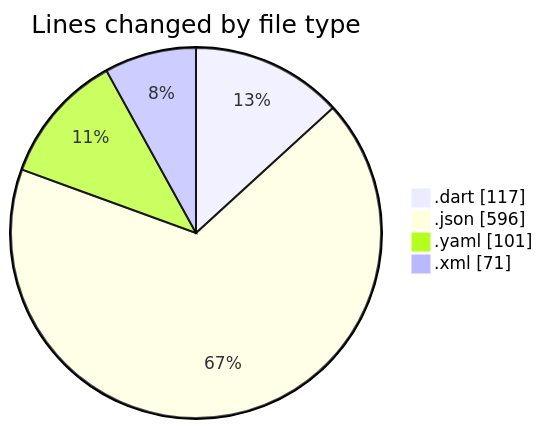
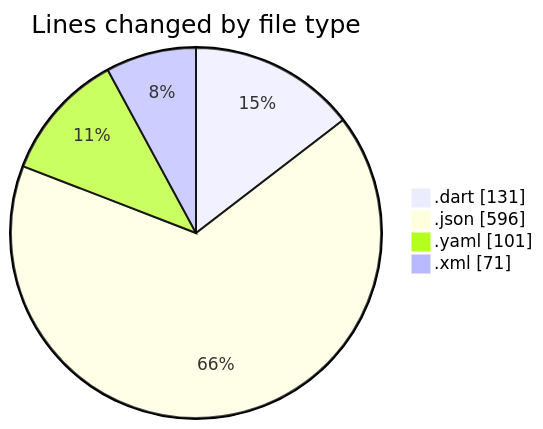
The first of 2 diagrams in 2025-02-21/uber_clone/README.md (donsfak/code-tracking), drawn with Mermaid before and after one commit. The commit also changed other lines of this file and 1 other file, not shown here.

````diff
--- a/2025-02-21/uber_clone/README.md
+++ b/2025-02-21/uber_clone/README.md
@@ -26,8 +26,8 @@
 ```mermaid
 pie showData
 title Lines changed by file type
-".dart" : 117
+".dart" : 131
 ".json" : 596
 ".yaml" : 101
 ".xml" : 71
 ```
````
